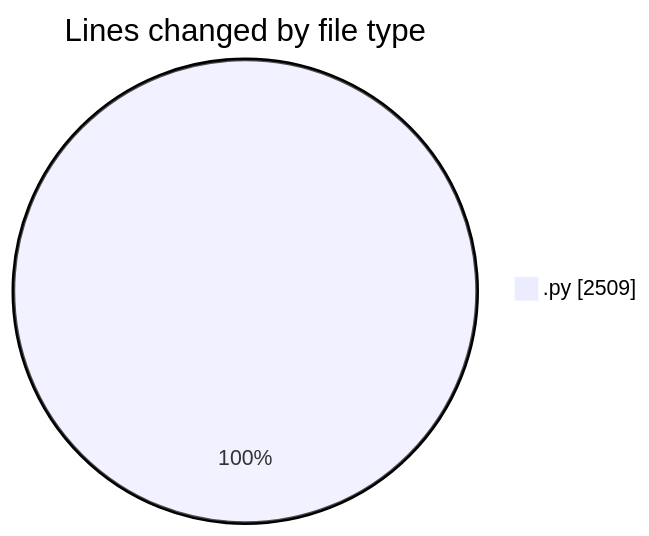
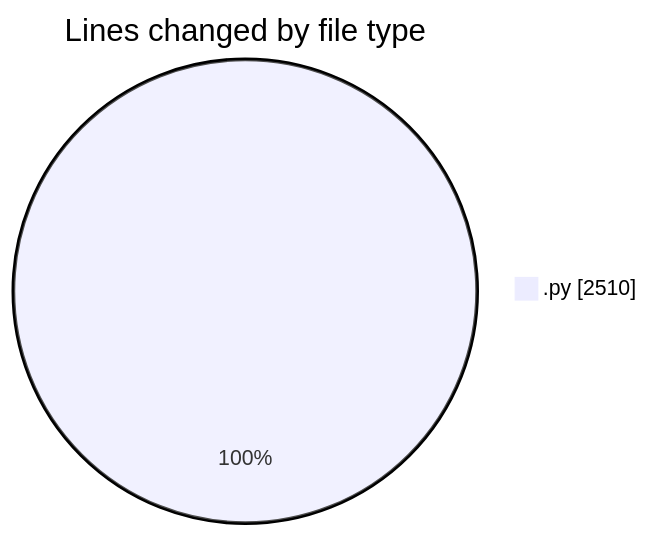
Before and after one commit to julien-gomy/code-tracking: the first of 2 diagrams in 2025-10-23/eventscop-api-guide__workspace_/README.md, drawn with Mermaid. The commit also changed other lines of this file and 1 other file, not shown here.

````diff
--- a/2025-10-23/eventscop-api-guide__workspace_/README.md
+++ b/2025-10-23/eventscop-api-guide__workspace_/README.md
@@ -23,5 +23,5 @@
 ```mermaid
 pie showData
 title Lines changed by file type
-".py" : 2509
+".py" : 2510
 ```
````
